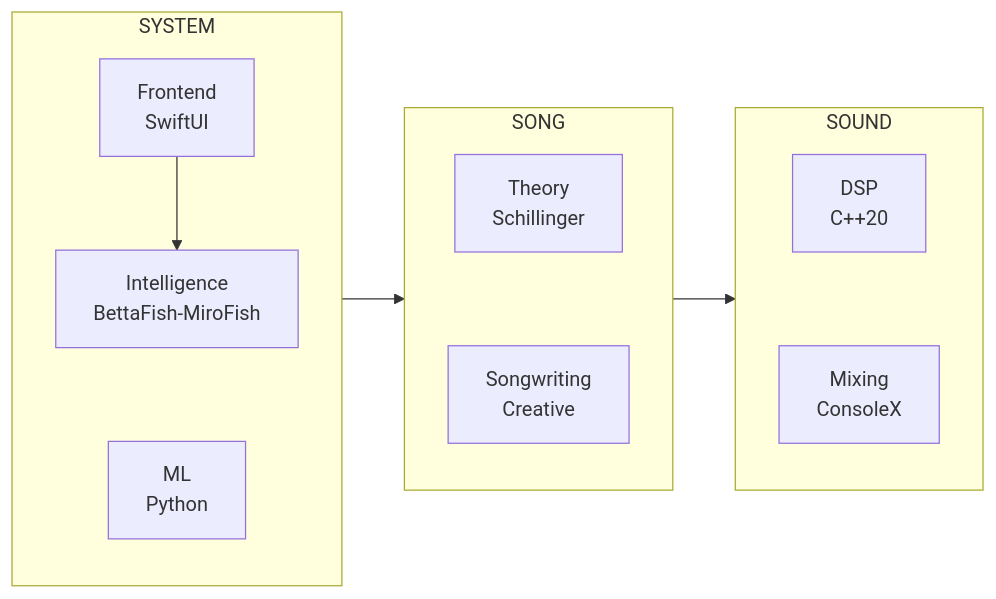
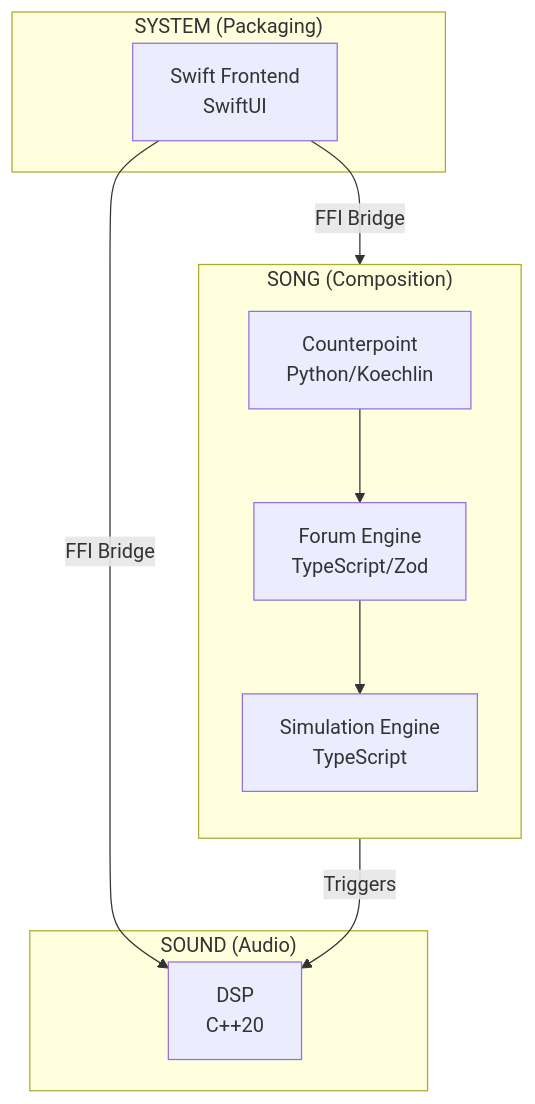
One commit to bretbouchard/white-room-system changed the diagram in README.md. Above: the diagram before and after it, drawn with Mermaid. The commit also changed other lines of this file and 1 other file, not shown here.

First line of the commit message:
docs: update architecture to reflect actual FFI flow

````diff
--- a/README.md
+++ b/README.md
@@ -94,24 +138,23 @@
 ```mermaid
-flowchart LR
-    subgraph SYSTEM["SYSTEM"]
-        Frontend["Frontend<br/>SwiftUI"]
-        Intelligence["Intelligence<br/>BettaFish-MiroFish"]
-        ML["ML<br/>Python"]
-        Frontend --> Intelligence
-        Intelligence ~~~ ML
+flowchart TB
+    subgraph SYSTEM["SYSTEM (Packaging)"]
+        Swift["Swift Frontend<br/>SwiftUI"]
     end
 
-    subgraph SONG["SONG"]
-        Theory["Theory<br/>Schillinger"]
-        Songwriting["Songwriting<br/>Creative"]
-        Theory ~~~ Songwriting
+    subgraph SONG["SONG (Composition)"]
+        direction TB
+        Forum["Forum Engine<br/>TypeScript/Zod"]
+        Sim["Simulation Engine<br/>TypeScript"]
+        Counter["Counterpoint<br/>Python/Koechlin"]
+        Forum --> Sim
+        Counter --> Forum
     end
 
-    subgraph SOUND["SOUND"]
+    subgraph SOUND["SOUND (Audio)"]
         DSP["DSP<br/>C++20"]
-        Mixing["Mixing<br/>ConsoleX"]
-        DSP ~~~ Mixing
     end
 
-    SYSTEM --> SONG --> SOUND
+    Swift -->|"FFI Bridge"| Forum
+    Swift -->|"FFI Bridge"| DSP
+    Sim -->|"Triggers"| DSP
 ```
````
